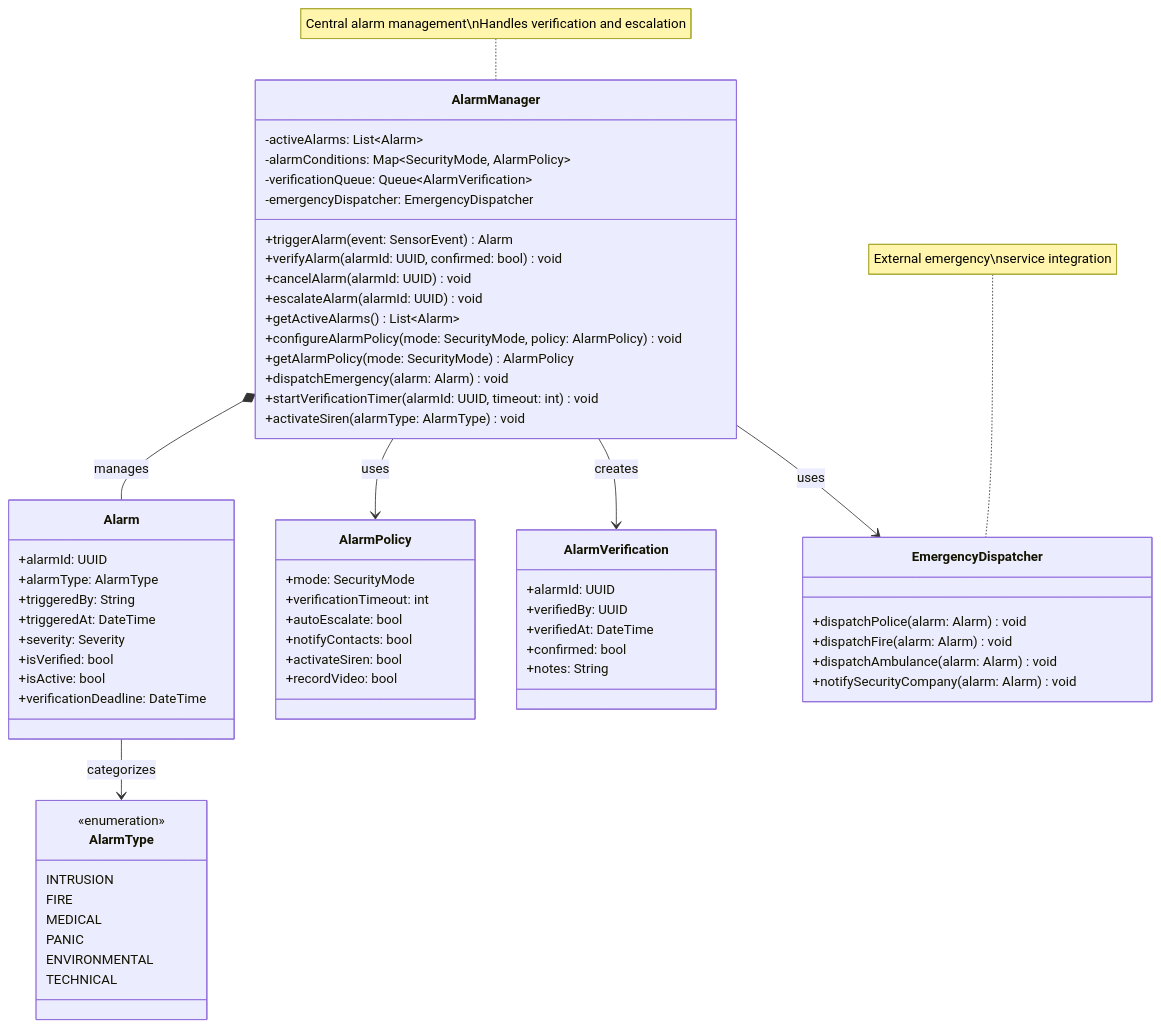
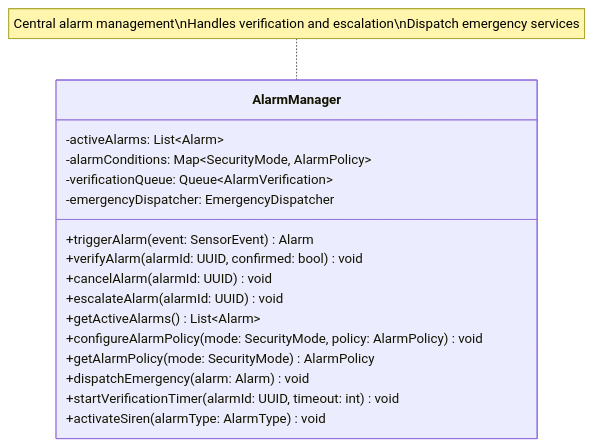
One commit to mj010101/swe_25f changed the fourth of 18 diagrams in diagrams/business_class_diagram.md. Above: the diagram before and after it, drawn with Mermaid. The commit also changed other lines of this file, not shown here.

Commit message:
fix: business class diagram

````diff
--- a/diagrams/business_class_diagram.md
+++ b/diagrams/business_class_diagram.md
@@ -234,75 +173,23 @@
 ```mermaid
 classDiagram
     direction TB
 
     class AlarmManager {
         -activeAlarms: List~Alarm~
         -alarmConditions: Map~SecurityMode, AlarmPolicy~
         -verificationQueue: Queue~AlarmVerification~
         -emergencyDispatcher: EmergencyDispatcher
         +triggerAlarm(event: SensorEvent) Alarm
         +verifyAlarm(alarmId: UUID, confirmed: bool) void
         +cancelAlarm(alarmId: UUID) void
         +escalateAlarm(alarmId: UUID) void
         +getActiveAlarms() List~Alarm~
         +configureAlarmPolicy(mode: SecurityMode, policy: AlarmPolicy) void
         +getAlarmPolicy(mode: SecurityMode) AlarmPolicy
         +dispatchEmergency(alarm: Alarm) void
         +startVerificationTimer(alarmId: UUID, timeout: int) void
         +activateSiren(alarmType: AlarmType) void
     }
 
-    class Alarm {
-        +alarmId: UUID
-        +alarmType: AlarmType
-        +triggeredBy: String
-        +triggeredAt: DateTime
-        +severity: Severity
-        +isVerified: bool
-        +isActive: bool
-        +verificationDeadline: DateTime
-    }
-
-    class AlarmPolicy {
-        +mode: SecurityMode
-        +verificationTimeout: int
-        +autoEscalate: bool
-        +notifyContacts: bool
-        +activateSiren: bool
-        +recordVideo: bool
-    }
-
-    class AlarmVerification {
-        +alarmId: UUID
-        +verifiedBy: UUID
-        +verifiedAt: DateTime
-        +confirmed: bool
-        +notes: String
-    }
-
-    class EmergencyDispatcher {
-        +dispatchPolice(alarm: Alarm) void
-        +dispatchFire(alarm: Alarm) void
-        +dispatchAmbulance(alarm: Alarm) void
-        +notifySecurityCompany(alarm: Alarm) void
-    }
-
-    class AlarmType {
-        <<enumeration>>
-        INTRUSION
-        FIRE
-        MEDICAL
-        PANIC
-        ENVIRONMENTAL
-        TECHNICAL
-    }
-
-    AlarmManager *-- Alarm : manages
-    AlarmManager --> AlarmPolicy : uses
-    AlarmManager --> AlarmVerification : creates
-    AlarmManager --> EmergencyDispatcher : uses
-    Alarm --> AlarmType : categorizes
-
-    note for AlarmManager "Central alarm management\nHandles verification and escalation"
-    note for EmergencyDispatcher "External emergency\nservice integration"
+    note for AlarmManager "Central alarm management\nHandles verification and escalation\nDispatch emergency services"
 ```
````
